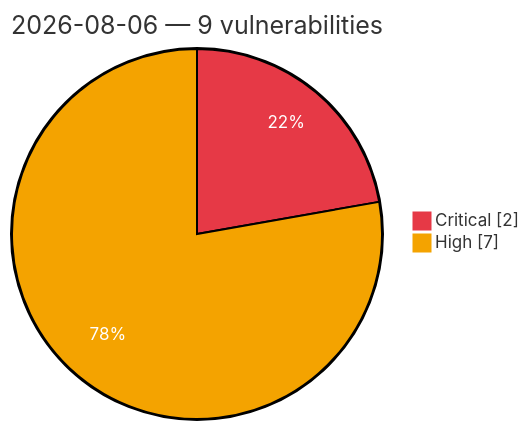
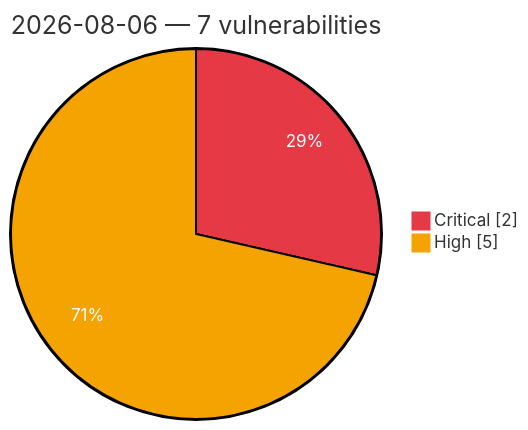
Before and after one commit to GhostX0X/vuln-tracker: the diagram in vulnerabilities/2026-08-06.md, drawn with Mermaid. The commit also changed other lines of this file and 2 other files, not shown here.

Commit message:
Auto update: critical/high vulns (2026-08-07 06:45 UTC)

````diff
--- a/vulnerabilities/2026-08-06.md
+++ b/vulnerabilities/2026-08-06.md
@@ -3,7 +3,7 @@
 ```mermaid
 %%{init: {'theme':'base', 'themeVariables': {'pie1':'#e63946', 'pie2':'#f4a300', 'pieOpacity':'1', 'pieOuterStrokeWidth':'2px', 'pieSectionTextColor':'#ffffff'}}}%%
 pie showData
-    title 2026-08-06 — 9 vulnerabilities
+    title 2026-08-06 — 7 vulnerabilities
     "Critical" : 2
-    "High" : 7
+    "High" : 5
 ```
````
